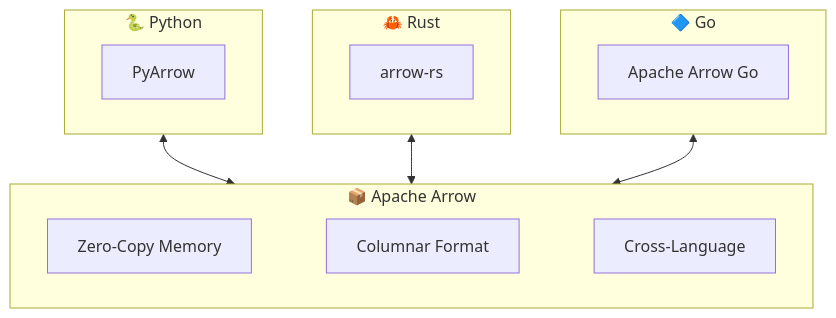
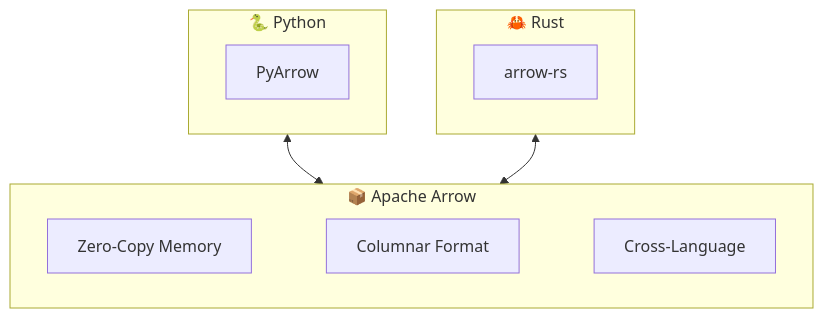
Before and after one commit to VanDung-dev/HieraChain: the seventh of 14 diagrams in ARCHITECTURE.md, drawn with Mermaid. The commit also changed other lines of this file and 2 other files, not shown here.

````diff
--- a/ARCHITECTURE.md
+++ b/ARCHITECTURE.md
@@ -277,26 +231,21 @@
 ```mermaid
 flowchart TB
     subgraph ARROW["📦 Apache Arrow"]
         direction LR
         A1["Zero-Copy Memory"]
         A2["Columnar Format"]
         A3["Cross-Language"]
         A1~~~A2~~~A3
     end
 
     subgraph PY["🐍 Python"]
         PY1["PyArrow"]
     end
 
     subgraph RS["🦀 Rust"]
         RS1["arrow-rs"]
     end
 
-    subgraph GO["🔷 Go"]
-        GO1["Apache Arrow Go"]
-    end
-
     PY <--> ARROW
     RS <--> ARROW
-    GO <--> ARROW
 ```
````
